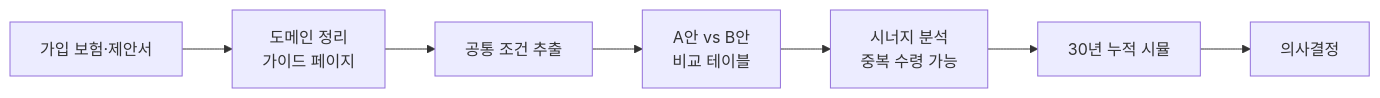
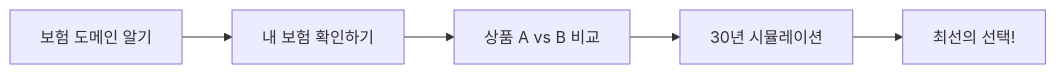
Before and after one commit to newhigen/blog-tech: the diagram in src/content/projects/insurance-dashboard.md, drawn with Mermaid. The commit also changed other lines of this file and 9 other files, not shown here.

````diff
--- a/src/content/projects/insurance-dashboard.md
+++ b/src/content/projects/insurance-dashboard.md
@@ -26,9 +23,7 @@
 ```mermaid
 flowchart LR
-  A[가입 보험·제안서] --> B[도메인 정리<br/>가이드 페이지]
-  B --> C[공통 조건 추출]
-  C --> D[A안 vs B안<br/>비교 테이블]
-  D --> E[시너지 분석<br/>중복 수령 가능]
-  E --> F[30년 누적 시뮬]
-  F --> G[의사결정]
+  A[보험 도메인 알기] --> B[내 보험 확인하기]
+  B --> C[상품 A vs B 비교]
+  C --> D[30년 시뮬레이션]
+  D --> E[최선의 선택!]
 ```
````
